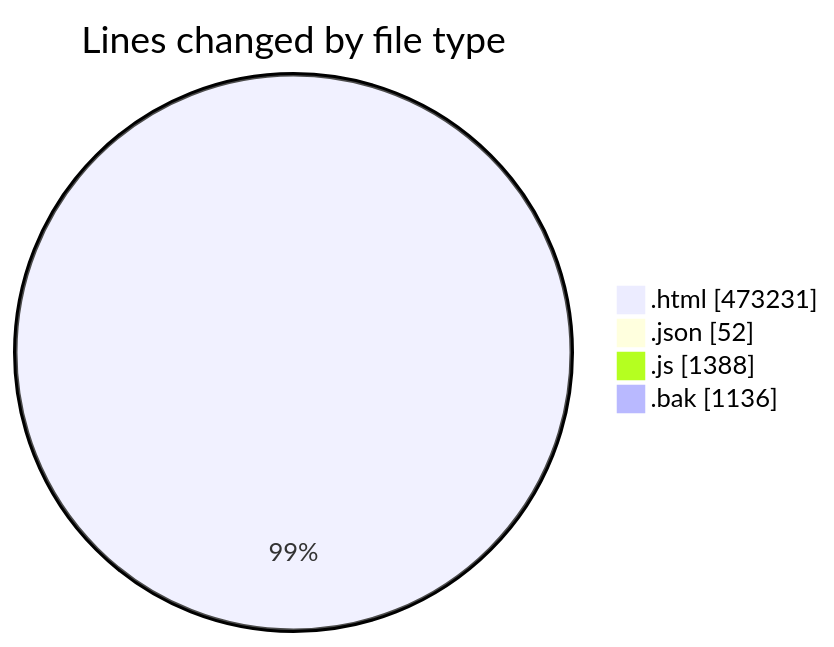
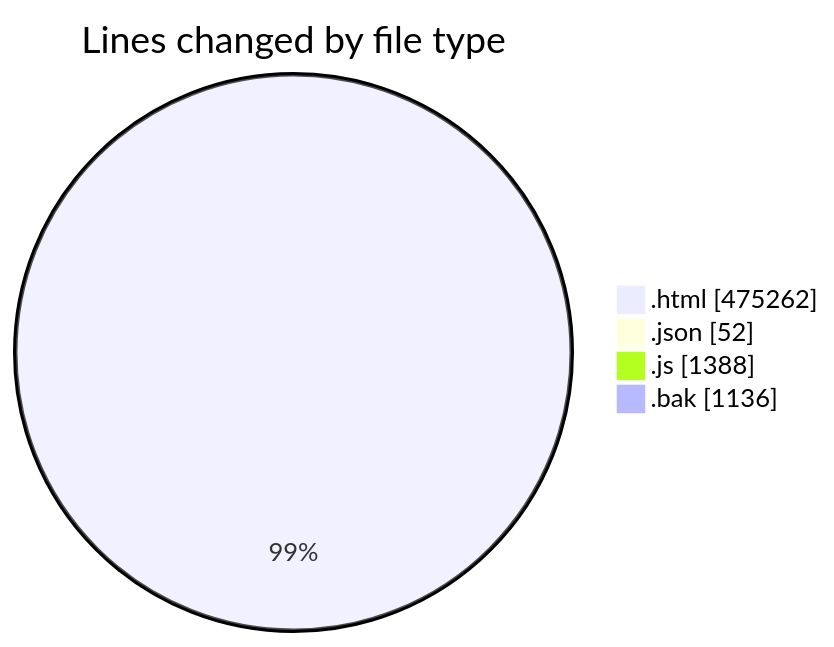
The first of 2 diagrams in 2025-09-16/www/README.md (vahidmafi/code-tracking), drawn with Mermaid before and after one commit. The commit also changed other lines of this file and 1 other file, not shown here.

````diff
--- a/2025-09-16/www/README.md
+++ b/2025-09-16/www/README.md
@@ -587,8 +587,8 @@
 ```mermaid
 pie showData
 title Lines changed by file type
-".html" : 473231
+".html" : 475262
 ".json" : 52
 ".js" : 1388
 ".bak" : 1136
 ```
````
